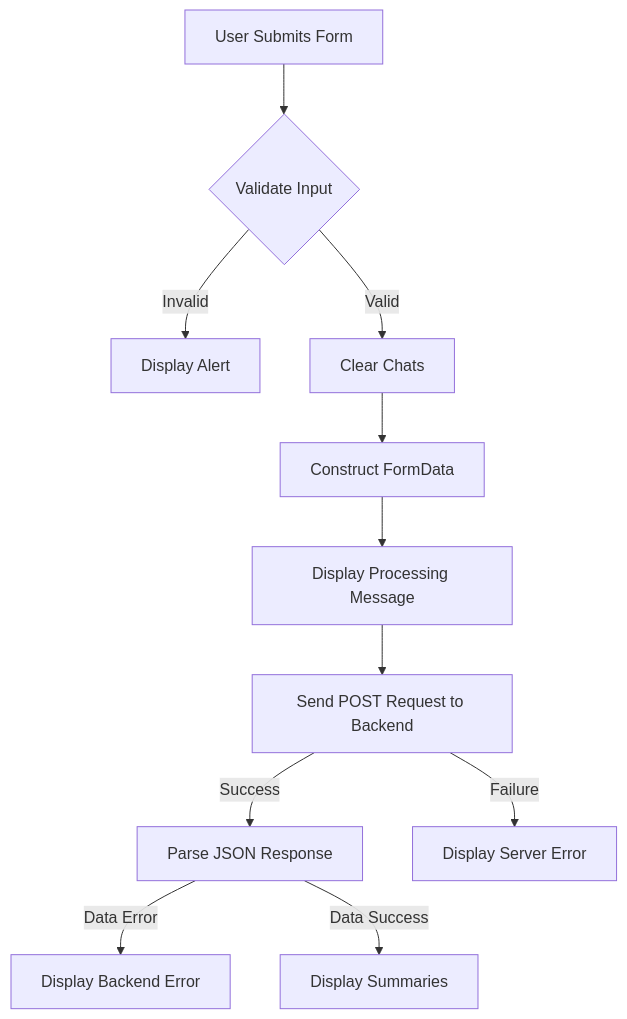
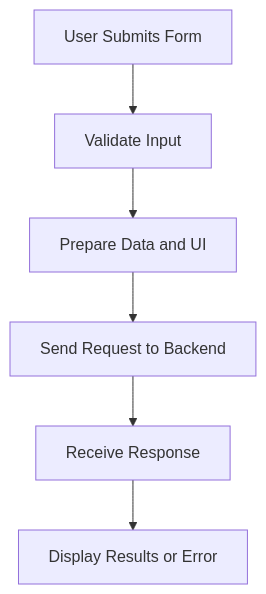
The diagram in docs/script.js.md (test-company-prowiz/Note-Summerizer), drawn with Mermaid before and after one commit. The commit also changed other lines of this file, not shown here.

````diff
--- a/docs/script.js.md
+++ b/docs/script.js.md
@@ -49,13 +58,8 @@
 ```mermaid
 graph TD
-A[User Submits Form] --> B{Validate Input};
-B -- Invalid --> C[Display Alert];
-B -- Valid --> D[Clear Chats];
-D --> E[Construct FormData];
-E --> F[Display Processing Message];
-F --> G[Send POST Request to Backend];
-G -- Success --> H[Parse JSON Response];
-G -- Failure --> I[Display Server Error];
-H -- Data Error --> J[Display Backend Error];
-H -- Data Success --> K[Display Summaries];
+A[User Submits Form] --> B[Validate Input];
+B --> C[Prepare Data and UI];
+C --> D[Send Request to Backend];
+D --> E[Receive Response];
+E --> F[Display Results or Error];
 ```
````
